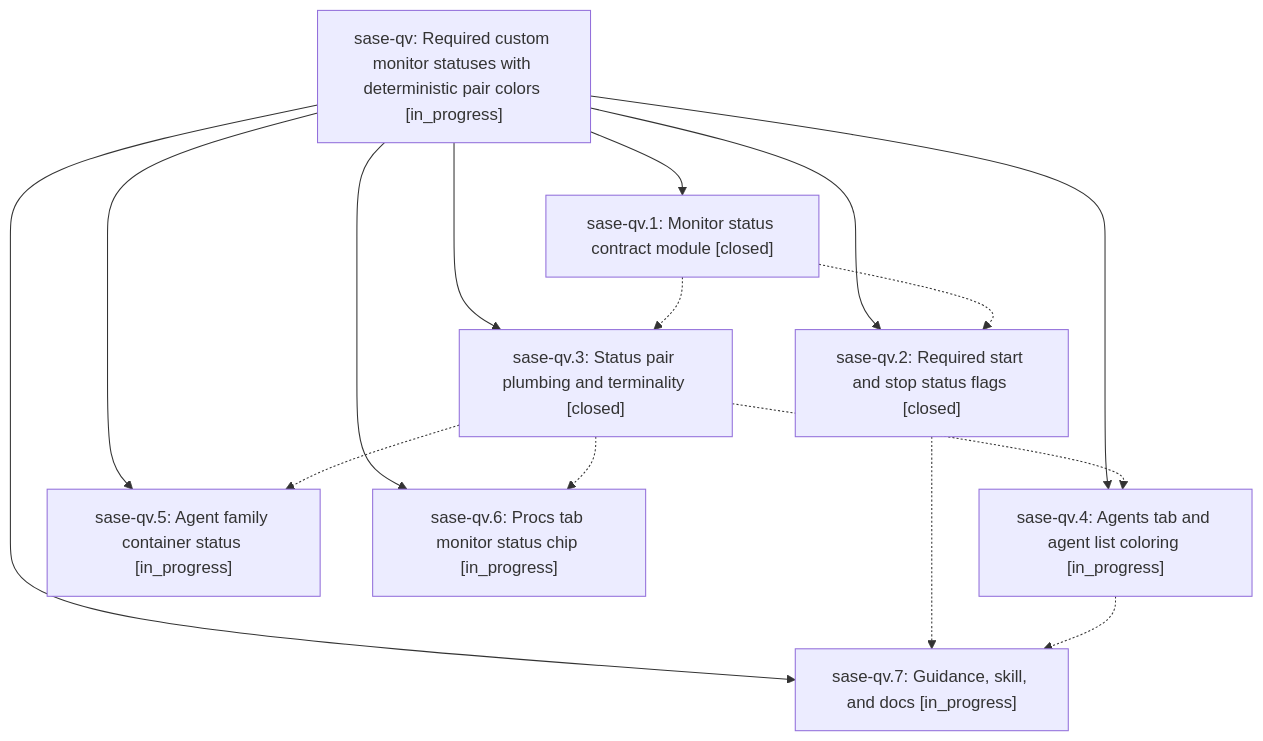
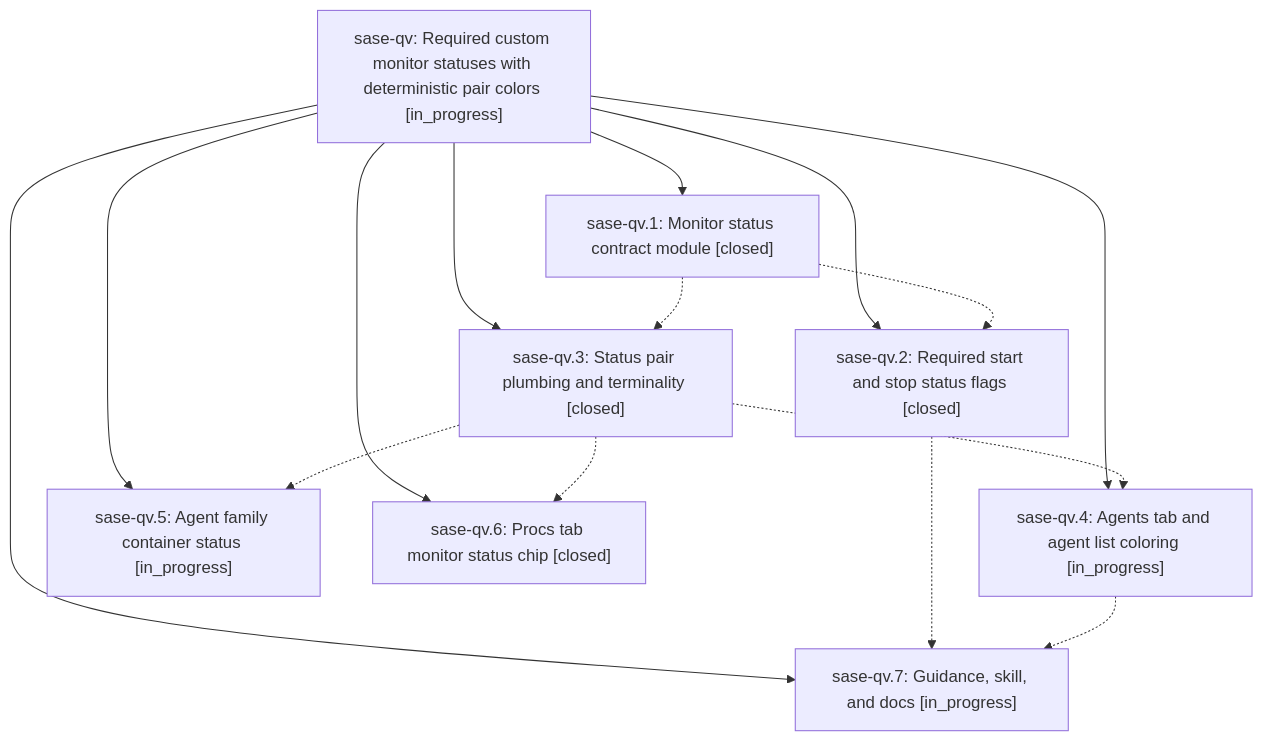
One commit to sase-org/sase--beads changed the diagram in pages/sase-qv/README.md. Above: the diagram before and after it, drawn with Mermaid. The commit also changed other lines of this file and 2 other files, not shown here.

First line of the commit message:
chore(beads): sync bead state and pages for sase-qv

````diff
--- a/pages/sase-qv/README.md
+++ b/pages/sase-qv/README.md
@@ -28,25 +32,25 @@
 ```mermaid
 flowchart TD
     n0["sase-qv: Required custom monitor statuses with deterministic pair colors [in_progress]"]
     n1["sase-qv.1: Monitor status contract module [closed]"]
     n2["sase-qv.2: Required start and stop status flags [closed]"]
     n3["sase-qv.3: Status pair plumbing and terminality [closed]"]
     n4["sase-qv.4: Agents tab and agent list coloring [in_progress]"]
     n5["sase-qv.5: Agent family container status [in_progress]"]
-    n6["sase-qv.6: Procs tab monitor status chip [in_progress]"]
+    n6["sase-qv.6: Procs tab monitor status chip [closed]"]
     n7["sase-qv.7: Guidance, skill, and docs [in_progress]"]
     n0 --> n1
     n0 --> n2
     n0 --> n3
     n0 --> n4
     n0 --> n5
     n0 --> n6
     n0 --> n7
     n1 -.-> n2
     n1 -.-> n3
     n2 -.-> n7
     n3 -.-> n4
     n3 -.-> n5
     n3 -.-> n6
     n4 -.-> n7
 ```
````
